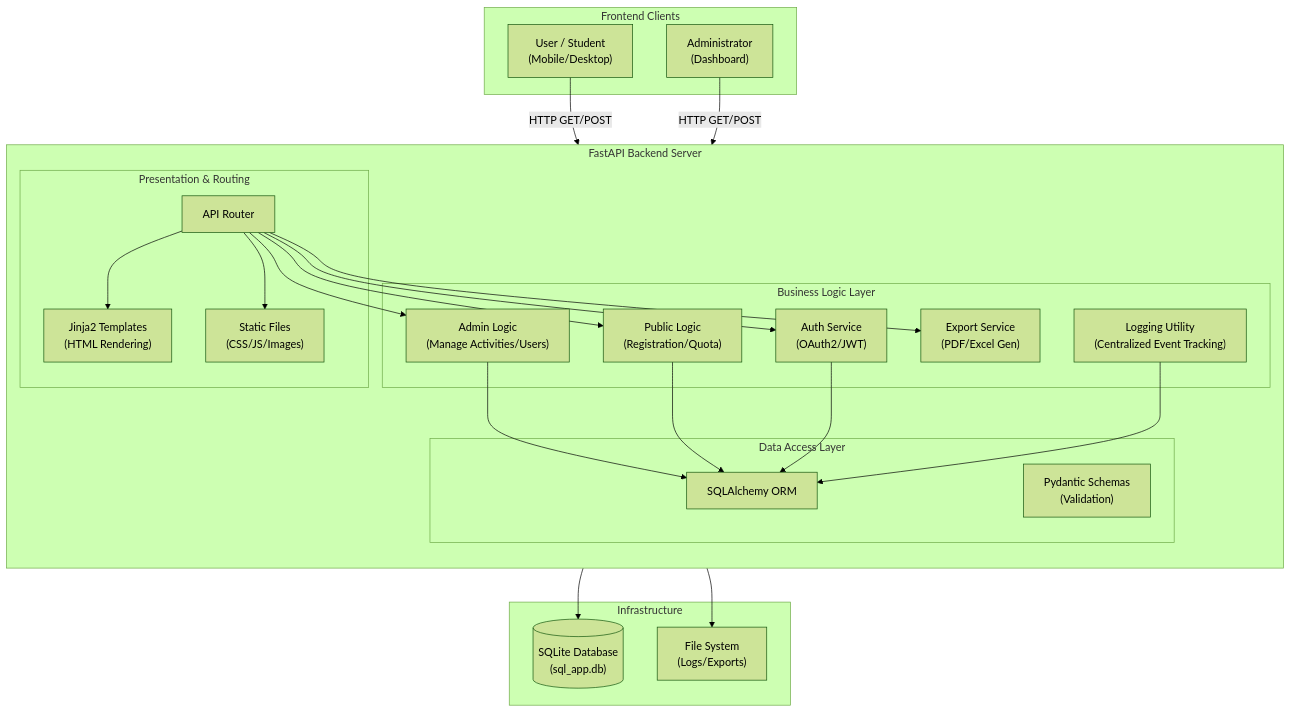
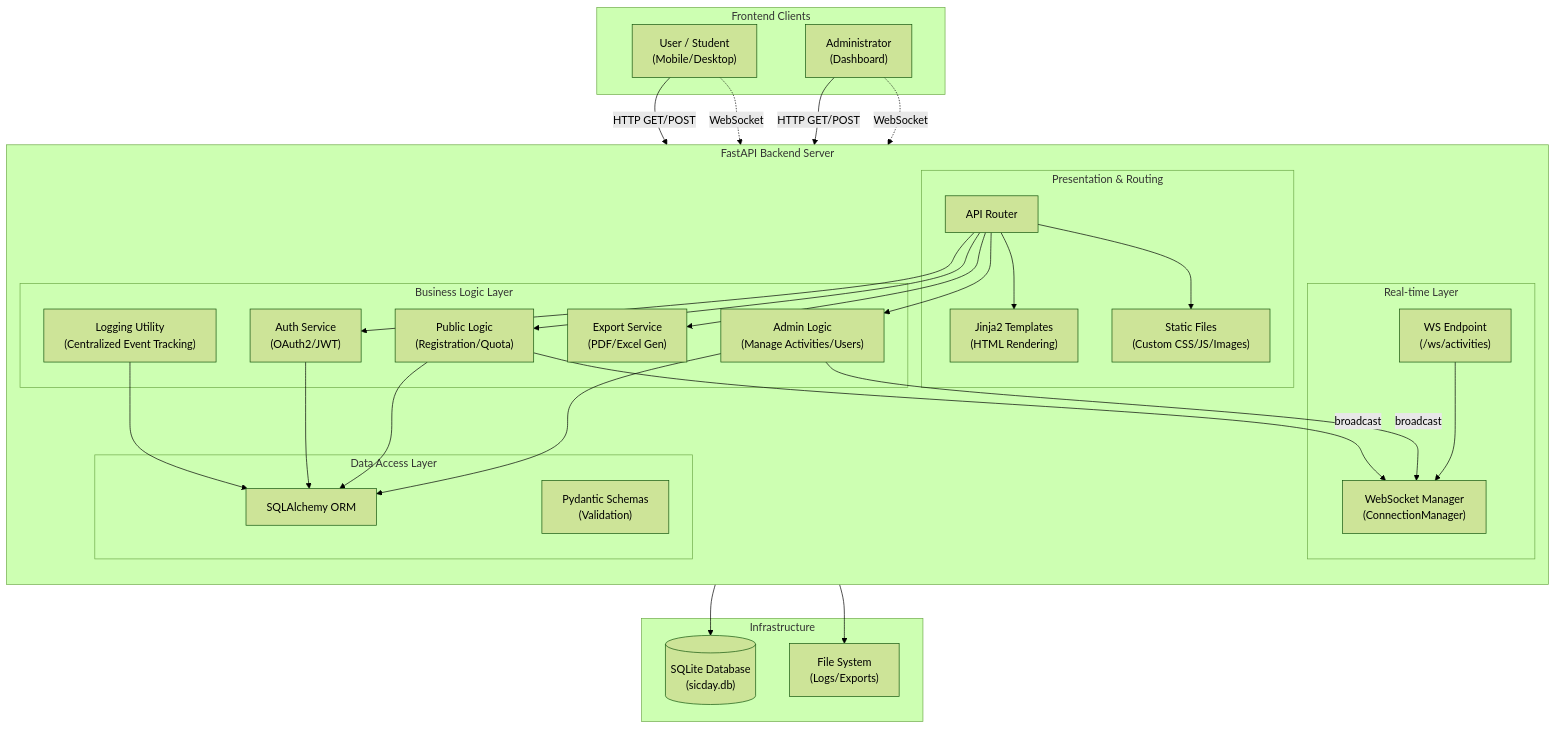
One commit to Nonx2360/DSNPRU_REG changed the diagram in README.md. Above: the diagram before and after it, drawn with Mermaid (forest theme). The commit also changed other lines of this file, not shown here.

````diff
--- a/README.md
+++ b/README.md
@@ -141,57 +147,69 @@
 ```mermaid
 graph TD
     subgraph Clients["Frontend Clients"]
         Student["User / Student<br>(Mobile/Desktop)"]
         Admin["Administrator<br>(Dashboard)"]
     end
 
     subgraph Server["FastAPI Backend Server"]
         direction TB
         
         subgraph Presentation["Presentation & Routing"]
-            Static["Static Files<br>(CSS/JS/Images)"]
+            Static["Static Files<br>(Custom CSS/JS/Images)"]
             Templates["Jinja2 Templates<br>(HTML Rendering)"]
             APIRouter["API Router"]
+        end
+
+        subgraph Realtime["Real-time Layer"]
+            WSManager["WebSocket Manager<br>(ConnectionManager)"]
+            WSEndpoint["WS Endpoint<br>(/ws/activities)"]
         end
 
         subgraph Logic["Business Logic Layer"]
             AuthService["Auth Service<br>(OAuth2/JWT)"]
             AdminLogic["Admin Logic<br>(Manage Activities/Users)"]
             PublicLogic["Public Logic<br>(Registration/Quota)"]
             ExportService["Export Service<br>(PDF/Excel Gen)"]
             LogService["Logging Utility<br>(Centralized Event Tracking)"]
         end
 
         subgraph DataAccess["Data Access Layer"]
             ORM["SQLAlchemy ORM"]
             Schemas["Pydantic Schemas<br>(Validation)"]
         end
     end
 
     subgraph Infrastructure["Infrastructure"]
-        SQLite[("SQLite Database<br>(sql_app.db)")]
+        SQLite[("SQLite Database<br>(sicday.db)")]
         FileSystem["File System<br>(Logs/Exports)"]
     end
 
     %% Client Interactions
     Student -->|HTTP GET/POST| APIRouter
     Admin -->|HTTP GET/POST| APIRouter
+    Student -.->|WebSocket| WSEndpoint
+    Admin -.->|WebSocket| WSEndpoint
     
+    %% WebSocket Flow
+    WSEndpoint --> WSManager
+    AdminLogic -->|broadcast| WSManager
+    PublicLogic -->|broadcast| WSManager
+
     %% Internal Server Flow
     APIRouter --> Templates
     APIRouter --> Static
     APIRouter --> AuthService
     APIRouter --> AdminLogic
     APIRouter --> PublicLogic
     APIRouter --> ExportService
 
     %% Logic to Data interactions
     AdminLogic --> ORM
     PublicLogic --> ORM
     AuthService --> ORM
     LogService --> ORM
     
     %% Data to Infrastructure
     ORM --> SQLite
     ExportService --> FileSystem
 ```
````
